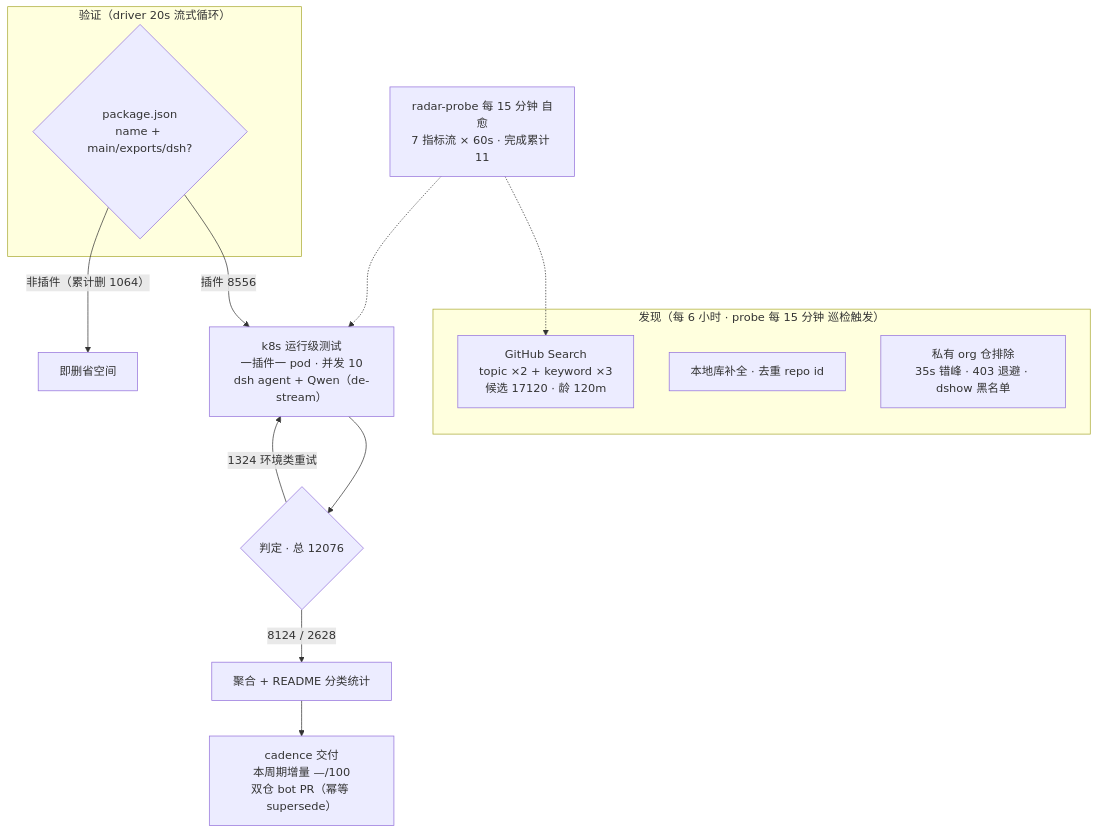
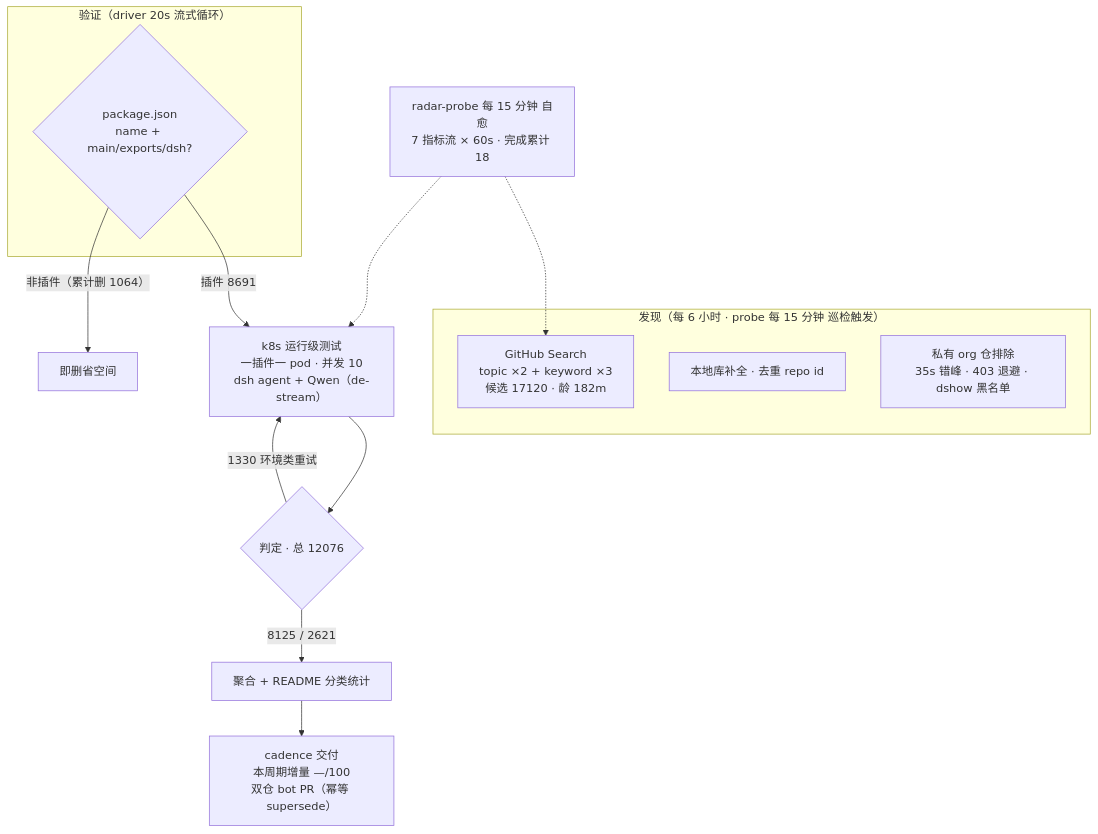
The diagram in README.md (Zhidao-Lab-OSS/awesome-dsh-plugins), drawn with Mermaid before and after one commit. The commit also changed other lines of this file and 1 other file, not shown here.

````diff
--- a/README.md
+++ b/README.md
@@ -52,20 +52,20 @@
 ```mermaid
 flowchart TB
     subgraph Discovery["发现（每 6 小时 · probe 每 15 分钟 巡检触发）"]
-        A1["GitHub Search<br/>topic ×2 + keyword ×3<br/>候选 17120 · 龄 120m"]
+        A1["GitHub Search<br/>topic ×2 + keyword ×3<br/>候选 17120 · 龄 182m"]
         A2["本地库补全 · 去重 repo id"]
         A3["私有 org 仓排除<br/>35s 错峰 · 403 退避 · dshow 黑名单"]
     end
     subgraph Validation["验证（driver 20s 流式循环）"]
         B1{"package.json<br/>name + main/exports/dsh?"}
     end
-    B1 -->|"插件 8556"| C1["k8s 运行级测试<br/>一插件一 pod · 并发 10<br/>dsh agent + Qwen（de-stream）"]
+    B1 -->|"插件 8691"| C1["k8s 运行级测试<br/>一插件一 pod · 并发 10<br/>dsh agent + Qwen（de-stream）"]
     B1 -->|"非插件（累计删 1064）"| B3["即删省空间"]
     C1 --> D1{"判定 · 总 12076"}
-    D1 -->|"8124 / 2628"| E1["聚合 + README 分类统计"]
-    D1 -->|"1324 环境类重试"| C1
+    D1 -->|"8125 / 2621"| E1["聚合 + README 分类统计"]
+    D1 -->|"1330 环境类重试"| C1
     E1 --> E2["cadence 交付<br/>本周期增量 —/100<br/>双仓 bot PR（幂等 supersede）"]
-    M["radar-probe 每 15 分钟 自愈<br/>7 指标流 × 60s · 完成累计 11"]
+    M["radar-probe 每 15 分钟 自愈<br/>7 指标流 × 60s · 完成累计 18"]
     M -.-> A1
     M -.-> C1
 ```
````
